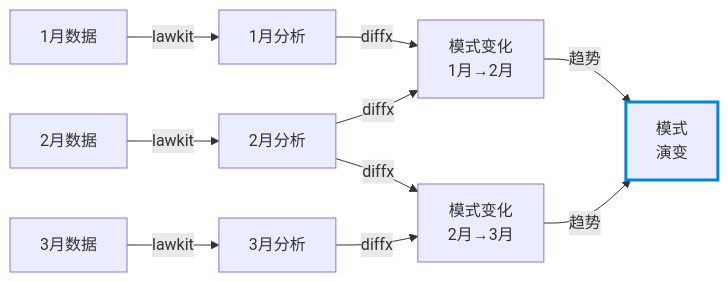
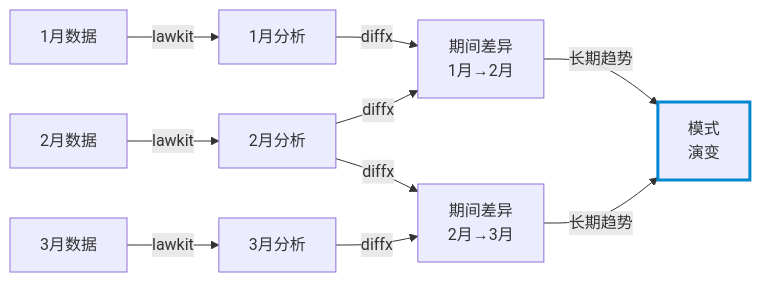
One commit to kako-jun/lawkit changed the third of 3 diagrams in README_zh.md. Above: the diagram before and after it, drawn with Mermaid. The commit also changed other lines of this file and 2 other files, not shown here.

````diff
--- a/README_zh.md
+++ b/README_zh.md
@@ -355,16 +355,16 @@
 ```mermaid
 graph LR
     A[1月数据] -->|lawkit| B[1月分析]
     C[2月数据] -->|lawkit| D[2月分析]
     E[3月数据] -->|lawkit| F[3月分析]
     
-    B -->|diffx| G[模式变化<br/>1月→2月]
+    B -->|diffx| G[期间差异<br/>1月→2月]
     D -->|diffx| G
-    D -->|diffx| H[模式变化<br/>2月→3月]
+    D -->|diffx| H[期间差异<br/>2月→3月]
     F -->|diffx| H
     
-    G -->|趋势| I[模式<br/>演变]
-    H -->|趋势| I
+    G -->|长期趋势| I[模式<br/>演变]
+    H -->|长期趋势| I
     
     style I stroke:#0288d1,stroke-width:3px
 ```
````
